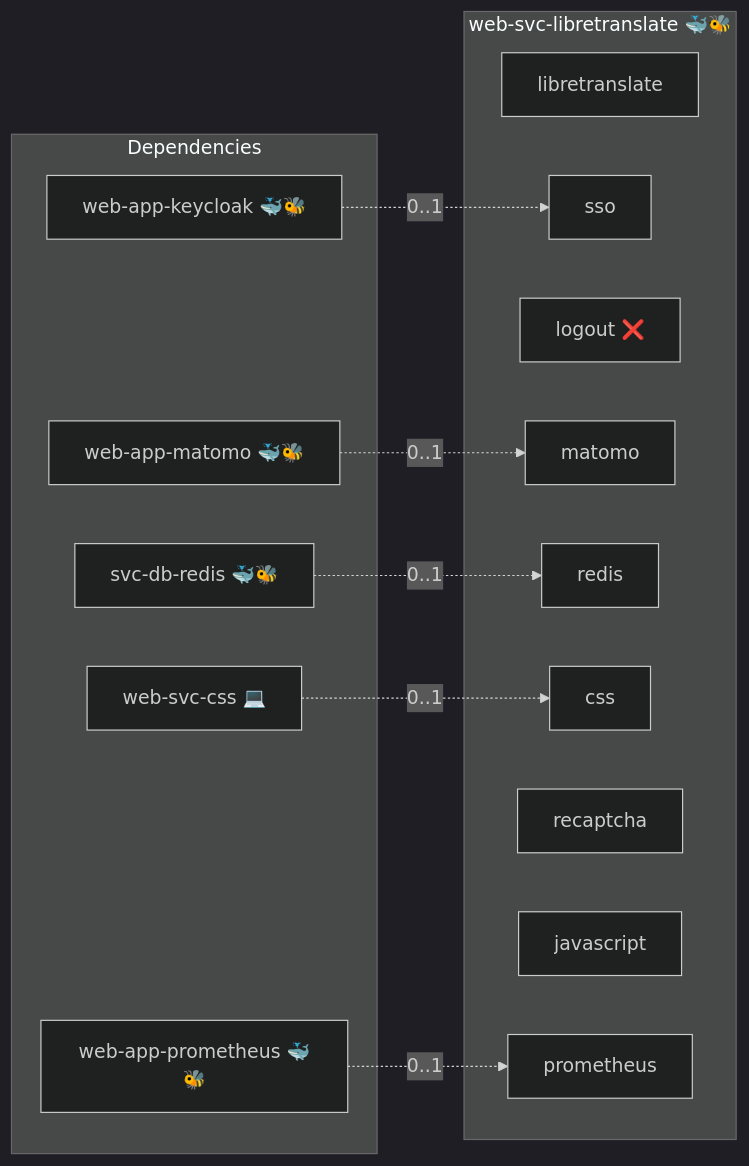
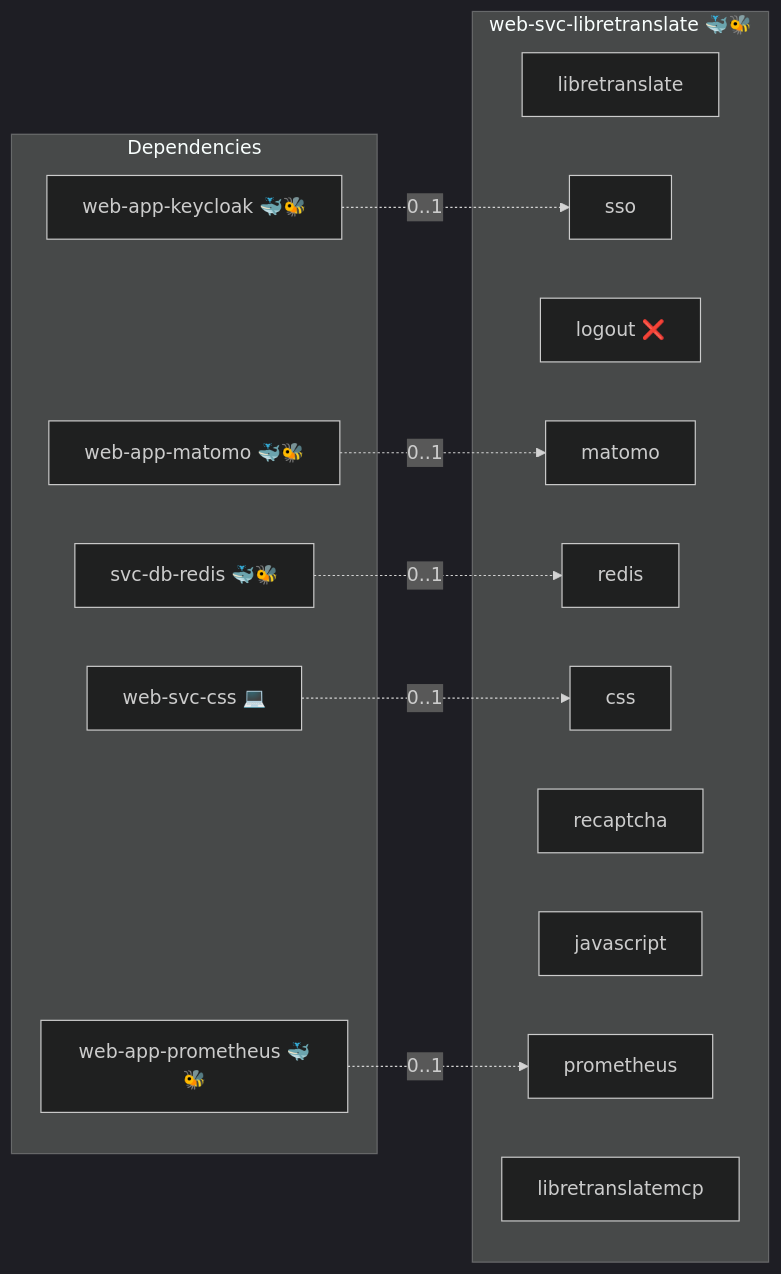
The diagram in roles/web-svc-libretranslate/README.md (infinito-nexus/core), drawn with Mermaid (dark theme) before and after one commit. The commit also changed 142 other files, not shown here.

````diff
--- a/roles/web-svc-libretranslate/README.md
+++ b/roles/web-svc-libretranslate/README.md
@@ -30,26 +30,27 @@
 ```mermaid
 flowchart LR
     subgraph deps [Dependencies]
         dep_svc_db_redis["svc-db-redis 🐳🐝"]
         dep_web_app_keycloak["web-app-keycloak 🐳🐝"]
         dep_web_app_matomo["web-app-matomo 🐳🐝"]
         dep_web_app_prometheus["web-app-prometheus 🐳🐝"]
         dep_web_svc_css["web-svc-css 💻"]
     end
     subgraph role [web-svc-libretranslate 🐳🐝]
         svc_libretranslate["libretranslate"]
         svc_sso["sso"]
         svc_logout["logout ❌"]
         svc_matomo["matomo"]
         svc_redis["redis"]
         svc_css["css"]
         svc_recaptcha["recaptcha"]
         svc_javascript["javascript"]
         svc_prometheus["prometheus"]
+        svc_libretranslatemcp["libretranslatemcp"]
     end
     dep_svc_db_redis -. "0..1" .-> svc_redis
     dep_web_app_keycloak -. "0..1" .-> svc_sso
     dep_web_app_matomo -. "0..1" .-> svc_matomo
     dep_web_app_prometheus -. "0..1" .-> svc_prometheus
     dep_web_svc_css -. "0..1" .-> svc_css
 ```
````
